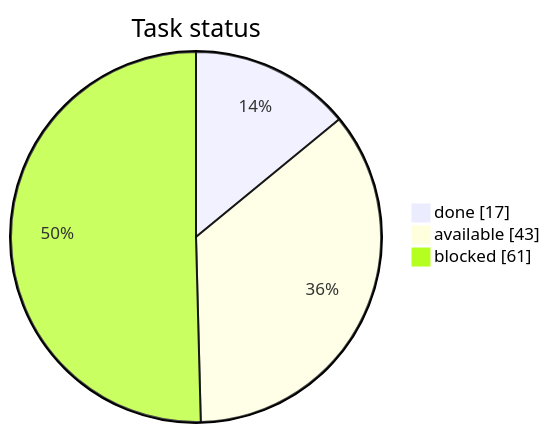
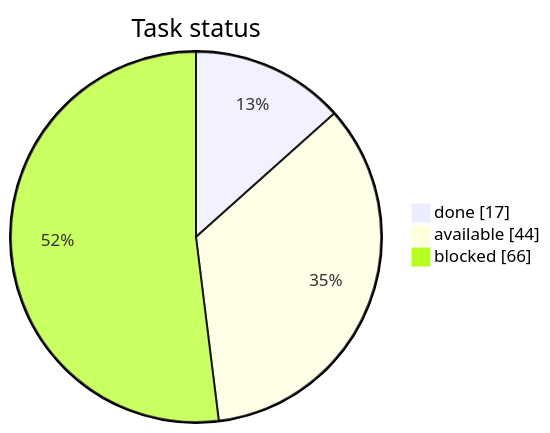
Before and after one commit to artemiiShabanov/RallyRivals: the first of 3 diagrams in STATUS.md, drawn with Mermaid. The commit also changed other lines of this file and 1 other file, not shown here.

````diff
--- a/STATUS.md
+++ b/STATUS.md
@@ -7,7 +7,7 @@
 ```mermaid
 pie showData
     title Task status
     "done" : 17
-    "available" : 43
-    "blocked" : 61
+    "available" : 44
+    "blocked" : 66
 ```
````
